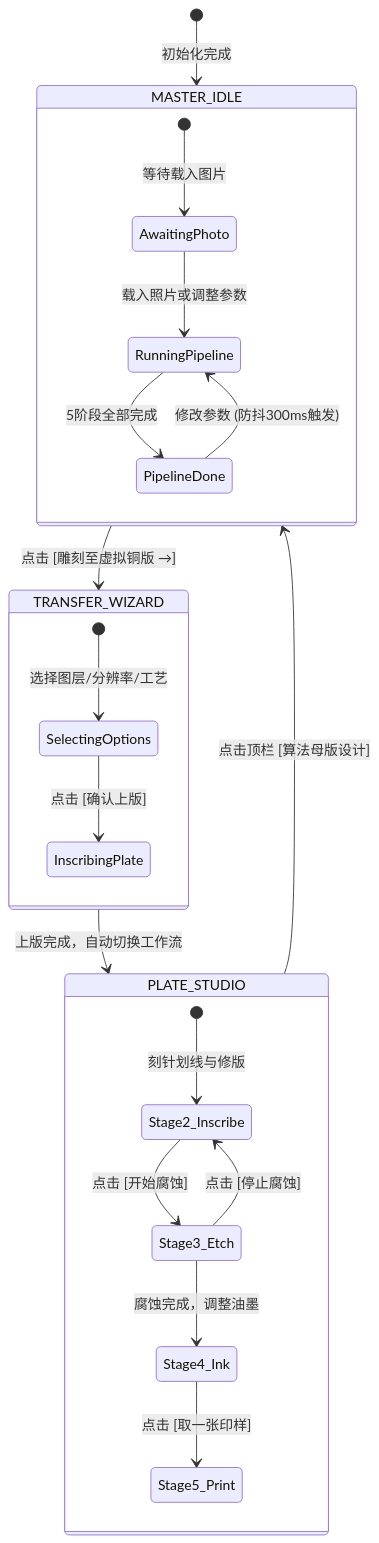
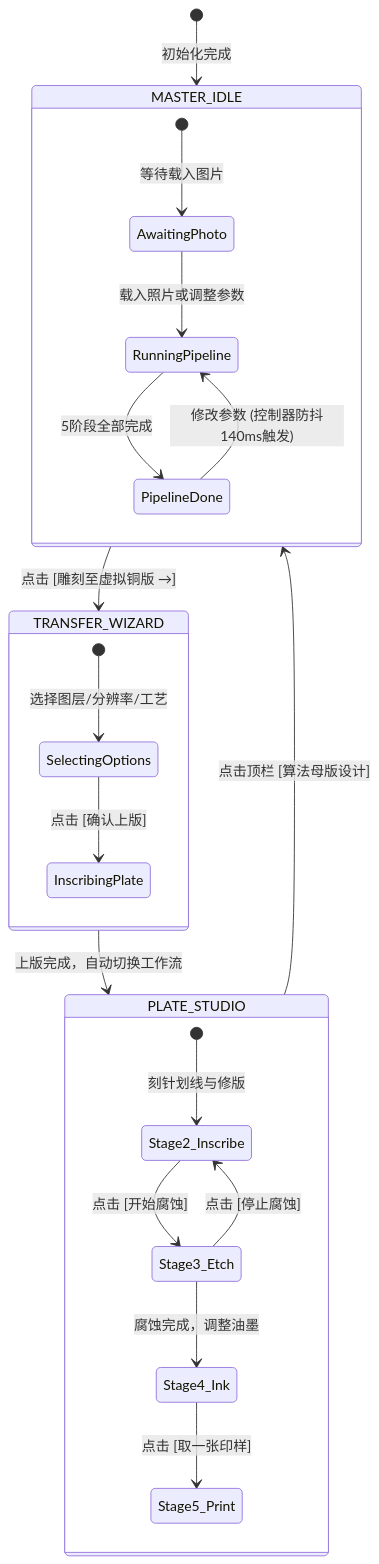
Before and after one commit to gongzhimin/Etchloom: the diagram in docs/00_architecture/EVENT_FLOW_STATE_MACHINE.md, drawn with Mermaid. The commit also changed 55 other files, not shown here.

````diff
--- a/docs/00_architecture/EVENT_FLOW_STATE_MACHINE.md
+++ b/docs/00_architecture/EVENT_FLOW_STATE_MACHINE.md
@@ -11,30 +11,30 @@
 ```mermaid
 stateDiagram-v2
     [*] --> MASTER_IDLE: 初始化完成
     
     state MASTER_IDLE {
         [*] --> AwaitingPhoto: 等待载入图片
         AwaitingPhoto --> RunningPipeline: 载入照片或调整参数
         RunningPipeline --> PipelineDone: 5阶段全部完成
-        PipelineDone --> RunningPipeline: 修改参数 (防抖300ms触发)
+        PipelineDone --> RunningPipeline: 修改参数 (控制器防抖140ms触发)
     }
 
     MASTER_IDLE --> TRANSFER_WIZARD: 点击 [雕刻至虚拟铜版 →]
     
     state TRANSFER_WIZARD {
         [*] --> SelectingOptions: 选择图层/分辨率/工艺
         SelectingOptions --> InscribingPlate: 点击 [确认上版]
     }
 
     TRANSFER_WIZARD --> PLATE_STUDIO: 上版完成，自动切换工作流
 
     state PLATE_STUDIO {
         [*] --> Stage2_Inscribe: 刻针划线与修版
         Stage2_Inscribe --> Stage3_Etch: 点击 [开始腐蚀]
         Stage3_Etch --> Stage2_Inscribe: 点击 [停止腐蚀]
         Stage3_Etch --> Stage4_Ink: 腐蚀完成，调整油墨
         Stage4_Ink --> Stage5_Print: 点击 [取一张印样]
     }
 
     PLATE_STUDIO --> MASTER_IDLE: 点击顶栏 [算法母版设计]
 ```
````
